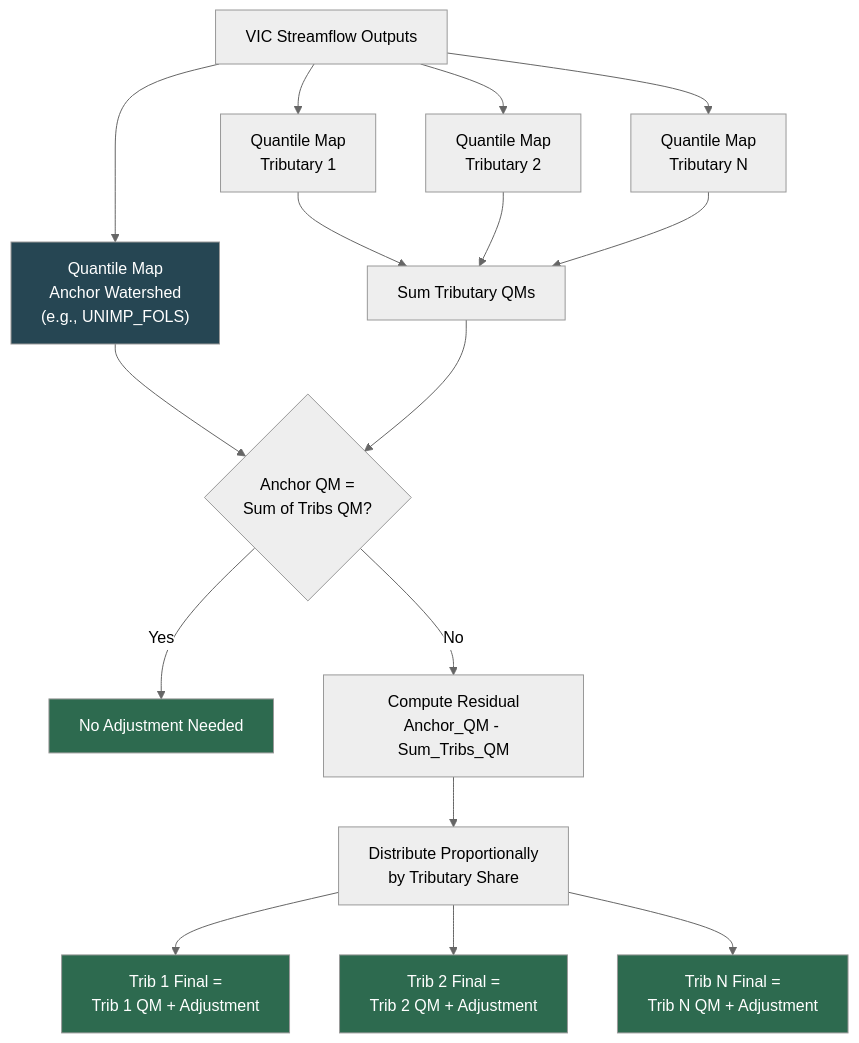
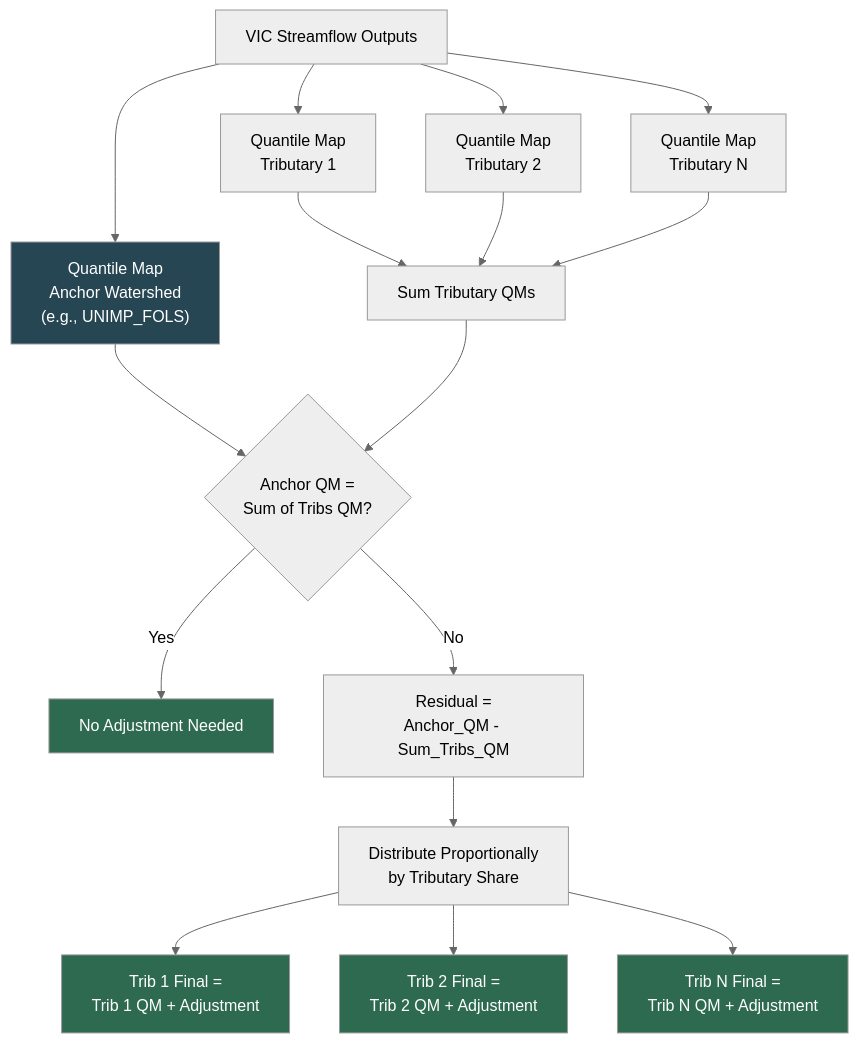
The diagram in docs/source/input-generation/mod-hydrology-rim-inflow.md (CentralValleyModeling/calsim3-stochastic-input-generation), drawn with Mermaid (neutral theme) before and after one commit.

Commit message:
diagram minor edit

````diff
--- a/docs/source/input-generation/mod-hydrology-rim-inflow.md
+++ b/docs/source/input-generation/mod-hydrology-rim-inflow.md
@@ -49,26 +49,26 @@
 ```{mermaid}
 flowchart TD
     VIC["VIC Streamflow Outputs"] --> QM_ANC["Quantile Map<br/>Anchor Watershed<br/>(e.g., UNIMP_FOLS)"]
     VIC --> QM_T1["Quantile Map<br/>Tributary 1"]
     VIC --> QM_T2["Quantile Map<br/>Tributary 2"]
     VIC --> QM_TN["Quantile Map<br/>Tributary N"]
 
     QM_ANC --> COMPARE{"Anchor QM =<br/>Sum of Tribs QM?"}
     QM_T1 --> SUM["Sum Tributary QMs"]
     QM_T2 --> SUM
     QM_TN --> SUM
     SUM --> COMPARE
 
     COMPARE -->|Yes| DONE["No Adjustment Needed"]
-    COMPARE -->|No| RESIDUAL["Compute Residual<br/>Anchor_QM - Sum_Tribs_QM"]
+    COMPARE -->|No| RESIDUAL["Residual =<br/>Anchor_QM - Sum_Tribs_QM"]
     RESIDUAL --> DIST["Distribute Proportionally<br/>by Tributary Share"]
     DIST --> ADJ1["Trib 1 Final =<br/>Trib 1 QM + Adjustment"]
     DIST --> ADJ2["Trib 2 Final =<br/>Trib 2 QM + Adjustment"]
     DIST --> ADJN["Trib N Final =<br/>Trib N QM + Adjustment"]
 
     style QM_ANC fill:#264653,color:#fff
     style DONE fill:#2d6a4f,color:#fff
     style ADJ1 fill:#2d6a4f,color:#fff
     style ADJ2 fill:#2d6a4f,color:#fff
     style ADJN fill:#2d6a4f,color:#fff
 ```
````
